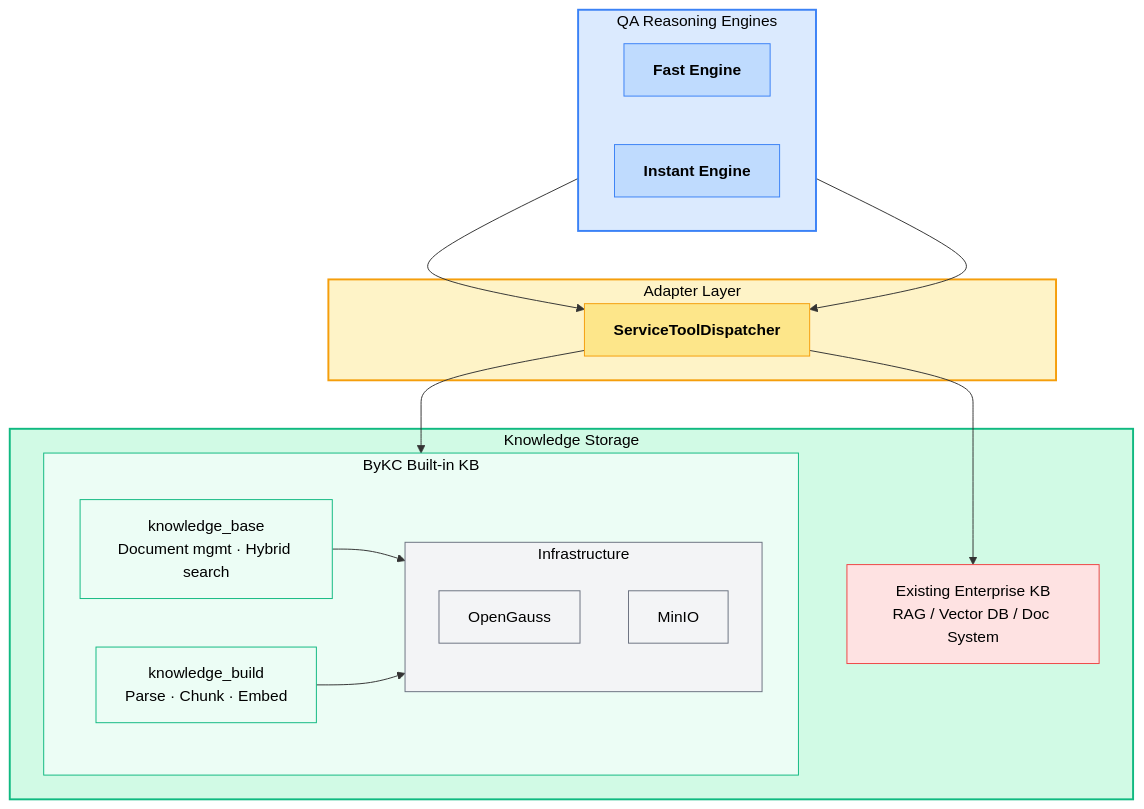
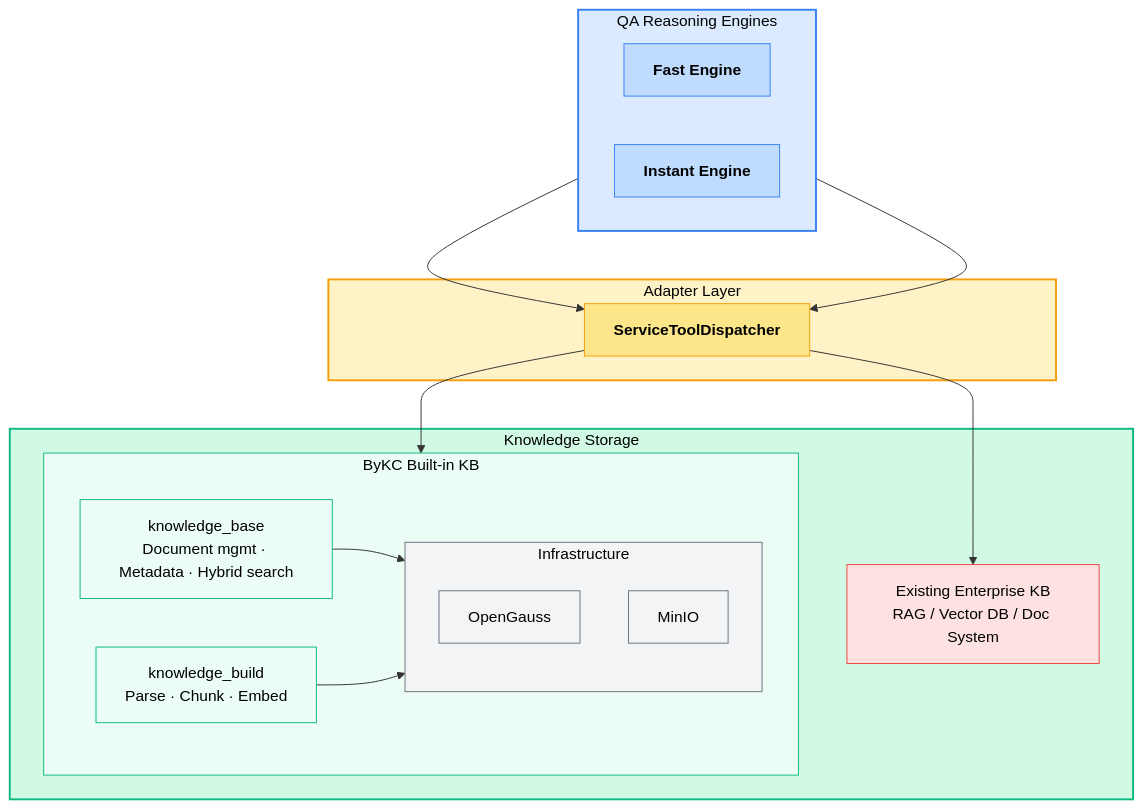
One commit to beyonai/ByKC changed the diagram in README.md. Above: the diagram before and after it, drawn with Mermaid. The commit also changed other lines of this file and 2 other files, not shown here.

````diff
--- a/README.md
+++ b/README.md
@@ -36,48 +36,48 @@
 ```mermaid
 graph TD
     subgraph engine [QA Reasoning Engines]
         direction LR
         Fast[<b>Fast Engine</b>]
         Instant[<b>Instant Engine</b>]
     end
 
     subgraph adapter [Adapter Layer]
         Dispatcher[<b>ServiceToolDispatcher</b>]
     end
 
     subgraph storage [Knowledge Storage]
         subgraph builtin [ByKC Built-in KB]
             KB["knowledge_base
-Document mgmt · Hybrid search"]
+Document mgmt · Metadata · Hybrid search"]
             Build["knowledge_build
 Parse · Chunk · Embed"]
             subgraph infra [Infrastructure]
                 OG[OpenGauss]
                 MIO[MinIO]
             end
         end
         External["Existing Enterprise KB
 RAG / Vector DB / Doc System"]
     end
 
     Fast --> Dispatcher
     Instant --> Dispatcher
     Dispatcher --> builtin
     Dispatcher --> External
     KB --> infra
     Build --> infra
 
     style engine fill:#dbeafe,stroke:#3b82f6,stroke-width:2px,color:#000
     style adapter fill:#fef3c7,stroke:#f59e0b,stroke-width:2px,color:#000
     style storage fill:#d1fae5,stroke:#10b981,stroke-width:2px,color:#000
     style builtin fill:#ecfdf5,stroke:#10b981,color:#000
     style infra fill:#f3f4f6,stroke:#6b7280,color:#000
     style Fast fill:#bfdbfe,stroke:#3b82f6,color:#000
     style Instant fill:#bfdbfe,stroke:#3b82f6,color:#000
     style Dispatcher fill:#fde68a,stroke:#f59e0b,color:#000
     style External fill:#fee2e2,stroke:#ef4444,color:#000
     style OG fill:#f3f4f6,stroke:#6b7280,color:#000
     style MIO fill:#f3f4f6,stroke:#6b7280,color:#000
     style KB fill:#ecfdf5,stroke:#10b981,color:#000
     style Build fill:#ecfdf5,stroke:#10b981,color:#000
 ```
````
